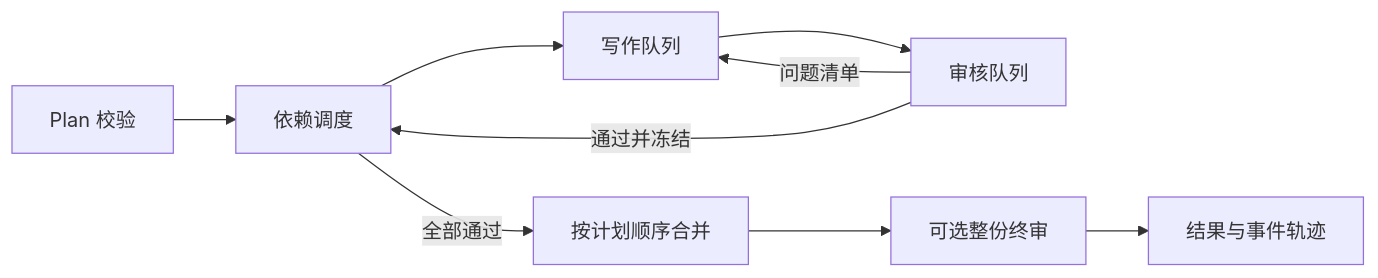
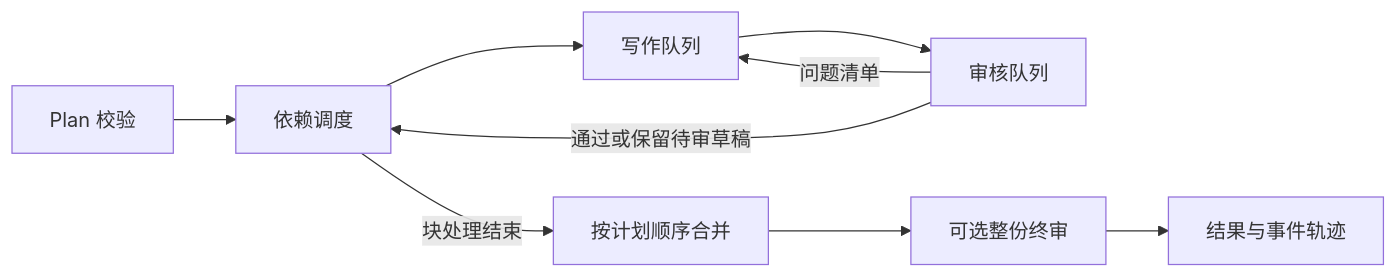
The diagram in docs/architecture.md (NightfirePlus/ChunkLoop), drawn with Mermaid before and after one commit. The commit also changed other lines of this file and 13 other files, not shown here.

````diff
--- a/docs/architecture.md
+++ b/docs/architecture.md
@@ -5,11 +5,11 @@
 ```mermaid
 flowchart LR
   P[Plan 校验] --> D[依赖调度]
   D --> W[写作队列]
   W --> R[审核队列]
   R -->|问题清单| W
-  R -->|通过并冻结| D
-  D -->|全部通过| A[按计划顺序合并]
+  R -->|通过或保留待审草稿| D
+  D -->|块处理结束| A[按计划顺序合并]
   A --> F[可选整份终审]
   F --> O[结果与事件轨迹]
 ```
````
